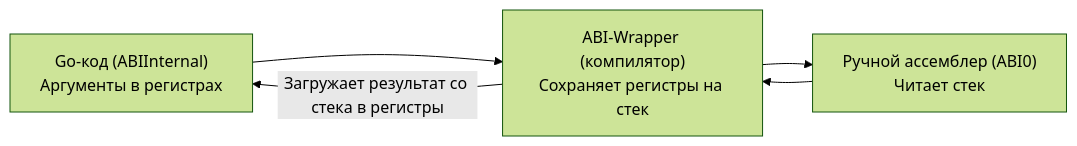
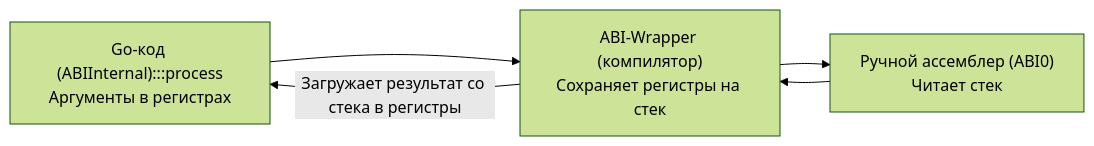
The third of 3 diagrams in sources/7. Глубокий Go (Внутреннее устройство)/6. ABIInternal и ABI0. Как Go вызывает функции.md (UnrealTemplier/go-textbook), drawn with Mermaid (forest theme) before and after one commit. The commit also changed other lines of this file and 1666 other files, not shown here.

First line of the commit message:
feat(mermaid): add semantic color classDef to 1369 colorless flowchart/graph diagrams

````diff
--- a/sources/7. Глубокий Go (Внутреннее устройство)/6. ABIInternal и ABI0. Как Go вызывает функции.md
+++ b/sources/7. Глубокий Go (Внутреннее устройство)/6. ABIInternal и ABI0. Как Go вызывает функции.md
@@ -113,7 +133,17 @@
 ```mermaid
 flowchart LR
-    GOKOD["Go-код (ABIInternal)<br>Аргументы в регистрах"] --> WRAP["ABI-Wrapper (компилятор)<br>Сохраняет регистры на стек"]
+    classDef process  fill:#1e293b,stroke:#38bdf8,stroke-width:1px,color:#f8fafc
+    classDef success  fill:#064e3b,stroke:#34d399,stroke-width:1px,color:#f8fafc
+    classDef error    fill:#7f1d1d,stroke:#f87171,stroke-width:1px,color:#f8fafc
+    classDef warning  fill:#78350f,stroke:#fbbf24,stroke-width:1px,color:#f8fafc
+    classDef entry    fill:#1e3a5f,stroke:#38bdf8,stroke-width:2px,color:#f8fafc
+    classDef aux      fill:#334155,stroke:#64748b,stroke-width:1px,color:#f8fafc
+    classDef system   fill:#312e81,stroke:#a78bfa,stroke-width:1px,color:#f8fafc
+    classDef data     fill:#132d29,stroke:#2dd4bf,stroke-width:1px,color:#f8fafc
+    classDef network  fill:#881337,stroke:#fb7185,stroke-width:1px,color:#f8fafc
+    classDef accent   fill:#1e1b4b,stroke:#818cf8,stroke-width:1px,color:#f8fafc
+    GOKOD["Go-код (ABIInternal):::process<br>Аргументы в регистрах"] --> WRAP["ABI-Wrapper (компилятор)<br>Сохраняет регистры на стек"]
     WRAP --> ASM["Ручной ассемблер (ABI0)<br>Читает стек"]
     ASM --> WRAP
     WRAP -->|"Загружает результат со стека в регистры"| GOKOD
 ```
````
